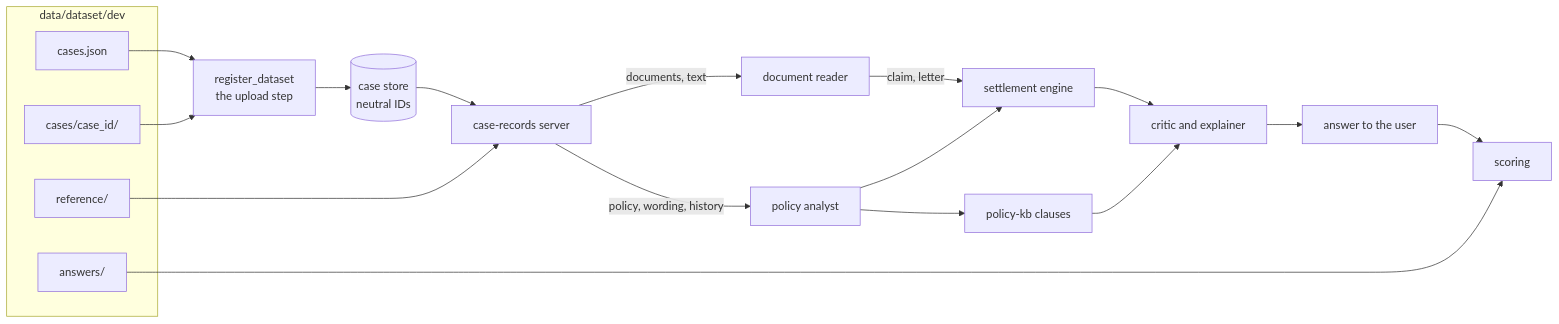
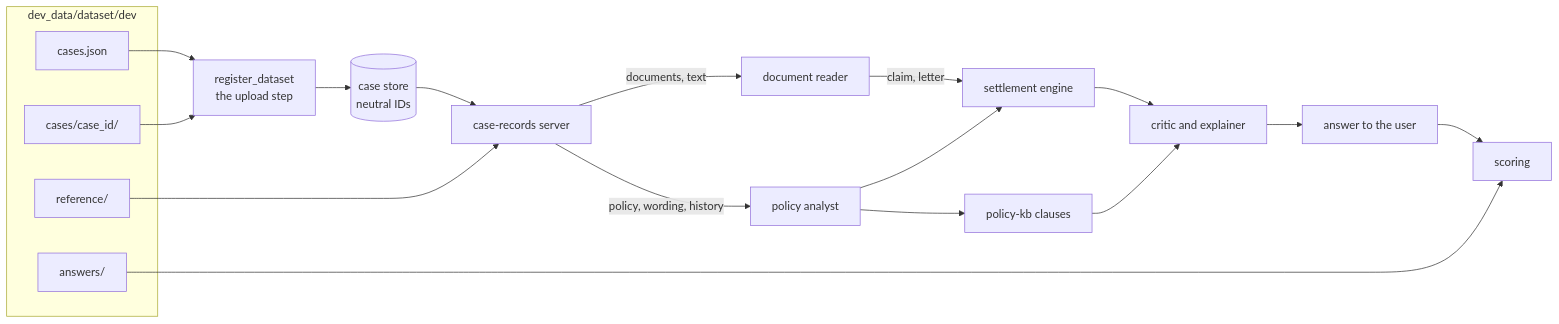
One commit to ankitacoder3/ClaimClear_GenAI changed the second of 2 diagrams in ClaimClear/docs/member2_knowledge_memory_tools/dataset_guide.md. Above: the diagram before and after it, drawn with Mermaid. The commit also changed other lines of this file and 279 other files, not shown here.

First line of the commit message:
Rename data to dev_data and eval to dev_eval

````diff
--- a/ClaimClear/docs/member2_knowledge_memory_tools/dataset_guide.md
+++ b/ClaimClear/docs/member2_knowledge_memory_tools/dataset_guide.md
@@ -165,24 +165,24 @@
 ```mermaid
 flowchart LR
-    subgraph Data["data/dataset/dev"]
+    subgraph Data["dev_data/dataset/dev"]
         CJ[cases.json]
         CF["cases/case_id/"]
         REF[reference/]
         ANS[answers/]
     end
     CJ --> REG[register_dataset<br/>the upload step]
     CF --> REG
     REG --> STORE[(case store<br/>neutral IDs)]
     STORE --> CR[case-records server]
     REF --> CR
     CR -->|documents, text| DR[document reader]
     CR -->|policy, wording, history| PA[policy analyst]
     DR -->|claim, letter| SE[settlement engine]
     PA --> SE
     PA --> KB[policy-kb clauses]
     SE --> CRIT[critic and explainer]
     KB --> CRIT
     CRIT --> OUT[answer to the user]
     OUT --> SCORE[scoring]
     ANS --> SCORE
 ```
````
